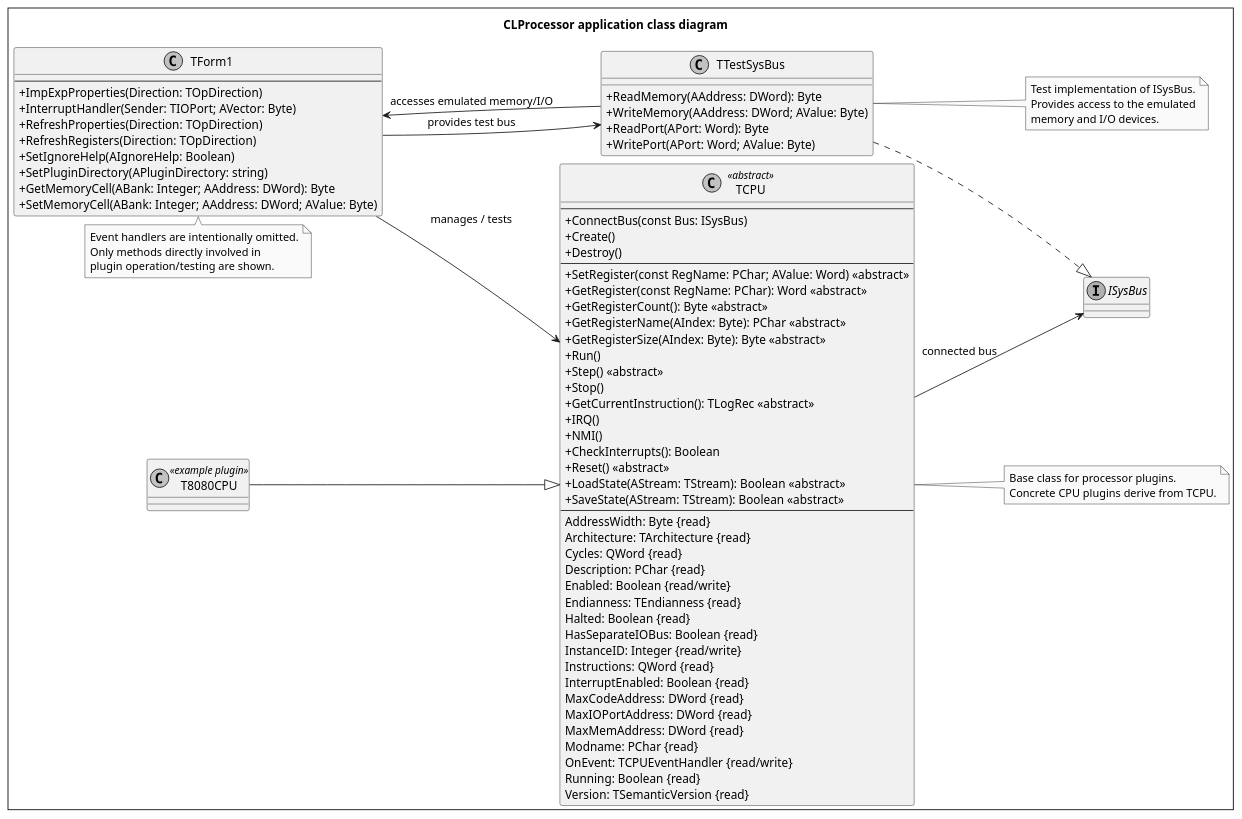
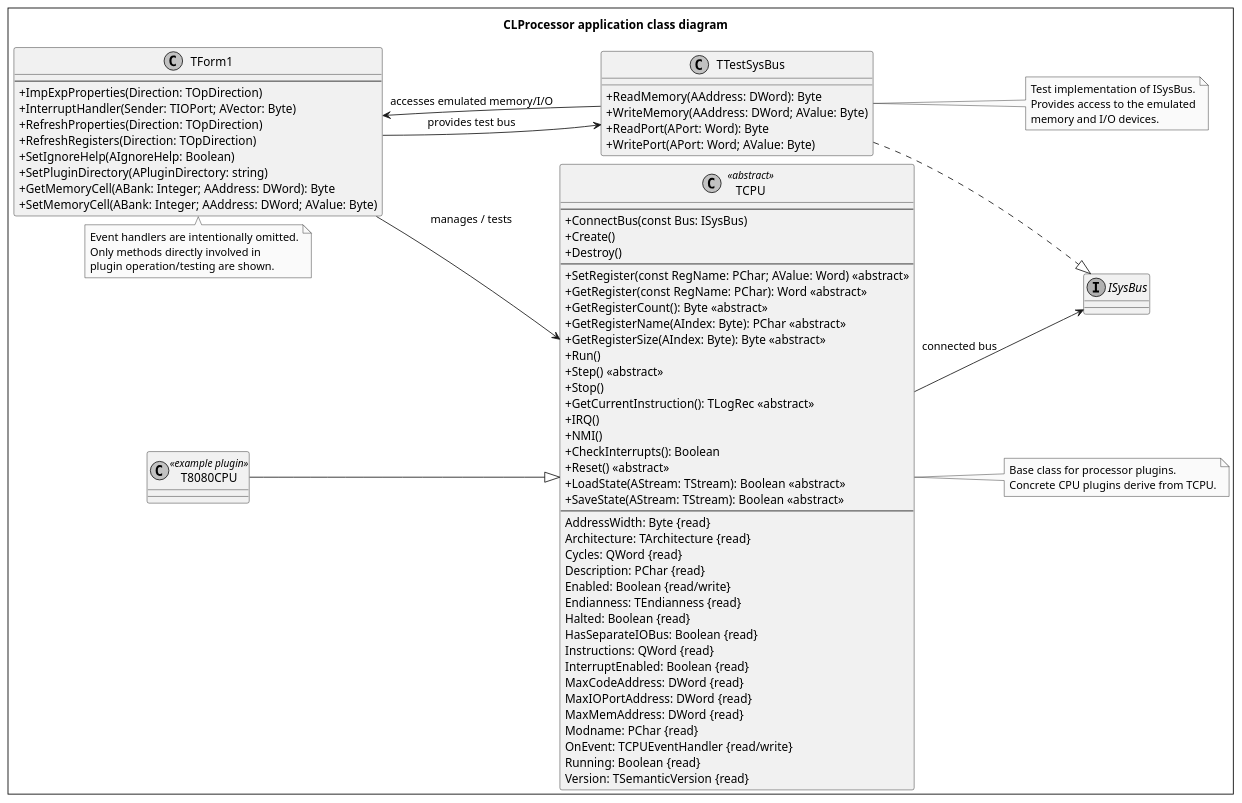
The diagram in document/code/diagrams/source/class_clprocessor.puml (pozsarzs/corelab), drawn with PlantUML before and after one commit. The commit also changed 45 other files, not shown here.

```diff
--- a/document/code/diagrams/source/class_clprocessor.puml
+++ b/document/code/diagrams/source/class_clprocessor.puml
@@ -1,106 +1,105 @@
 @startuml
 
 title CLProcessor application class diagram
 
 skinparam classAttributeIconSize 0
 skinparam diagramBorderColor black
 skinparam diagramBorderThickness 1
 'skinparam linetype ortho
 skinparam nodesep 10
 skinparam packageStyle rectangle
 skinparam ranksep 10
 skinparam shadowing false
 left to right direction
 skinparam monochrome true
 
 class TCPU <<abstract>> {
   --
   +ConnectBus(const Bus: ISysBus)
   +Create()
   +Destroy()
   --
   +SetRegister(const RegName: PChar; AValue: Word) <<abstract>>
   +GetRegister(const RegName: PChar): Word <<abstract>>
   +GetRegisterCount(): Byte <<abstract>>
   +GetRegisterName(AIndex: Byte): PChar <<abstract>>
   +GetRegisterSize(AIndex: Byte): Byte <<abstract>>
   +Run()
   +Step() <<abstract>>
   +Stop()
   +GetCurrentInstruction(): TLogRec <<abstract>>
   +IRQ()
   +NMI()
   +CheckInterrupts(): Boolean
   +Reset() <<abstract>>
   +LoadState(AStream: TStream): Boolean <<abstract>>
   +SaveState(AStream: TStream): Boolean <<abstract>>
   --
   AddressWidth: Byte {read}
   Architecture: TArchitecture {read}
   Cycles: QWord {read}
   Description: PChar {read}
   Enabled: Boolean {read/write}
   Endianness: TEndianness {read}
   Halted: Boolean {read}
   HasSeparateIOBus: Boolean {read}
-  InstanceID: Integer {read/write}
   Instructions: QWord {read}
   InterruptEnabled: Boolean {read}
   MaxCodeAddress: DWord {read}
   MaxIOPortAddress: DWord {read}
   MaxMemAddress: DWord {read}
   Modname: PChar {read}
   OnEvent: TCPUEventHandler {read/write}
   Running: Boolean {read}
   Version: TSemanticVersion {read}
 }
 
 interface ISysBus
 
 class TTestSysBus {
   +ReadMemory(AAddress: DWord): Byte
   +WriteMemory(AAddress: DWord; AValue: Byte)
   +ReadPort(APort: Word): Byte
   +WritePort(APort: Word; AValue: Byte)
 }
 
 class TForm1 {
   --
   +ImpExpProperties(Direction: TOpDirection)
   +InterruptHandler(Sender: TIOPort; AVector: Byte)
   +RefreshProperties(Direction: TOpDirection)
   +RefreshRegisters(Direction: TOpDirection)
   +SetIgnoreHelp(AIgnoreHelp: Boolean)
   +SetPluginDirectory(APluginDirectory: string)
   +GetMemoryCell(ABank: Integer; AAddress: DWord): Byte
   +SetMemoryCell(ABank: Integer; AAddress: DWord; AValue: Byte)
 }
 
 class T8080CPU <<example plugin>> {
 }
 
 T8080CPU --|> TCPU
 TTestSysBus ..|> ISysBus
 TForm1 --> TCPU : manages / tests
 TForm1 --> TTestSysBus : provides test bus
 TCPU --> ISysBus : connected bus
 TTestSysBus --> TForm1 : accesses emulated memory/I/O
 
 note right of TCPU
   Base class for processor plugins.
   Concrete CPU plugins derive from TCPU.
 end note
 
 note right of TTestSysBus
   Test implementation of ISysBus.
   Provides access to the emulated
   memory and I/O devices.
 end note
 
 note bottom of TForm1
   Event handlers are intentionally omitted.
   Only methods directly involved in
   plugin operation/testing are shown.
 end note
 
 @enduml
```
